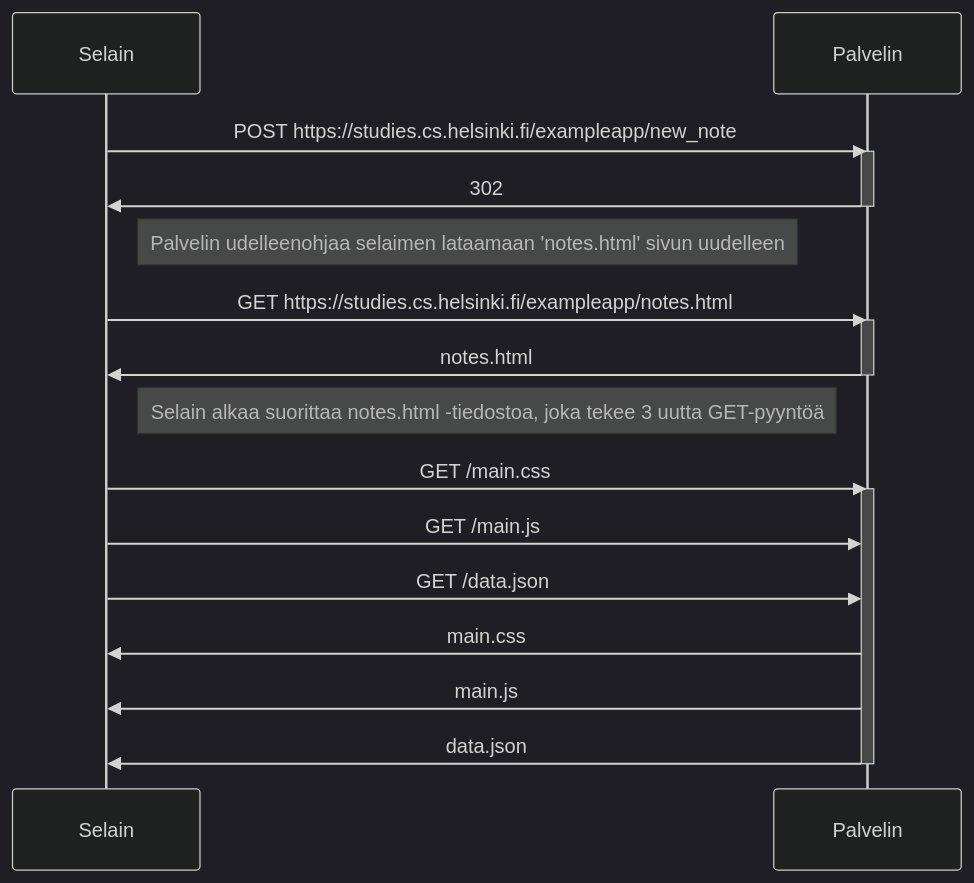
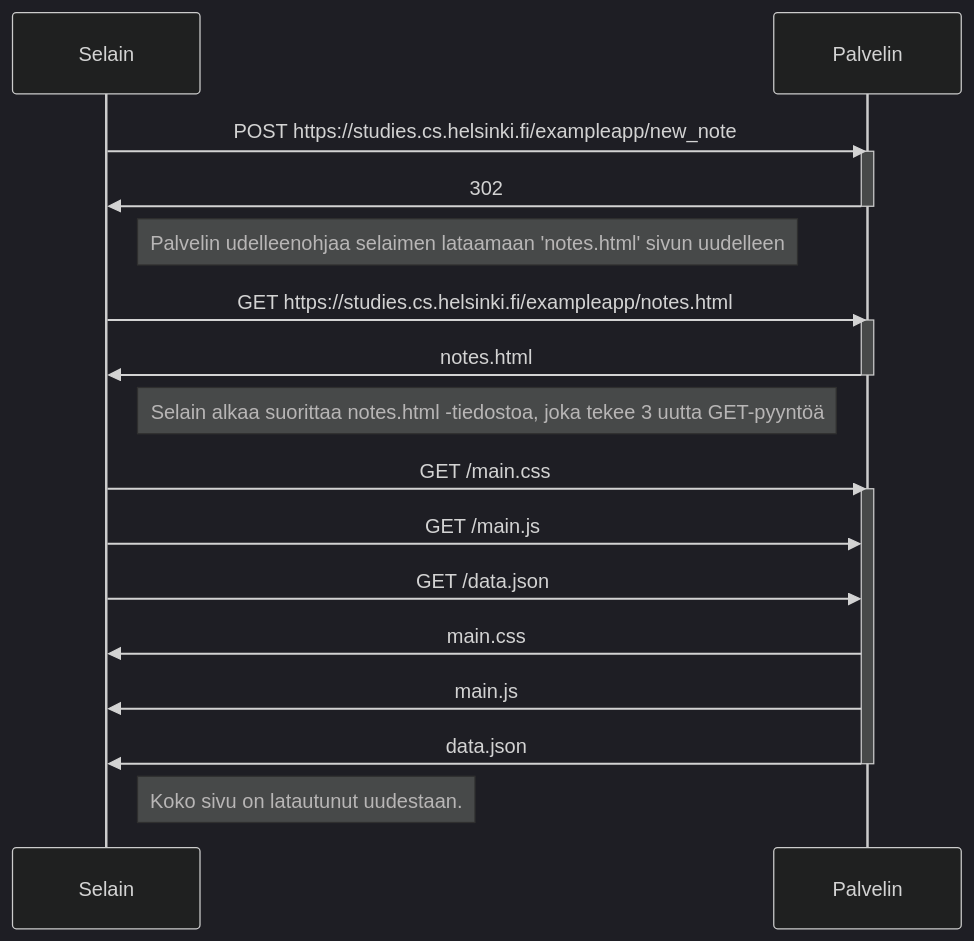
Before and after one commit to PasiParviainen/Fullstackosa0: the diagram in 0.4.md, drawn with Mermaid (dark theme). The commit also changed other lines of this file, not shown here.

````diff
--- a/0.4.md
+++ b/0.4.md
@@ -30,28 +1,30 @@
 ```mermaid
 sequenceDiagram
   participant Selain
   participant Palvelin
 
   Selain->>Palvelin: POST https://studies.cs.helsinki.fi/exampleapp/new_note
   activate Palvelin
   Palvelin->>Selain: 302
   deactivate Palvelin
 
   Note right of Selain: Palvelin udelleenohjaa selaimen lataamaan 'notes.html' sivun uudelleen
 
   Selain->>Palvelin: GET https://studies.cs.helsinki.fi/exampleapp/notes.html
   activate Palvelin
   Palvelin->>Selain: notes.html
   deactivate Palvelin
 
   Note right of Selain: Selain alkaa suorittaa notes.html -tiedostoa, joka tekee 3 uutta GET-pyyntöä
 
   Selain->>Palvelin: GET /main.css
   activate Palvelin
   Selain->>Palvelin: GET /main.js
   Selain->>Palvelin: GET /data.json
   Palvelin->>Selain: main.css
   Palvelin->>Selain: main.js
   Palvelin->>Selain: data.json
   deactivate Palvelin
+
+    Note right of Selain: Koko sivu on latautunut uudestaan.
 ```
````
